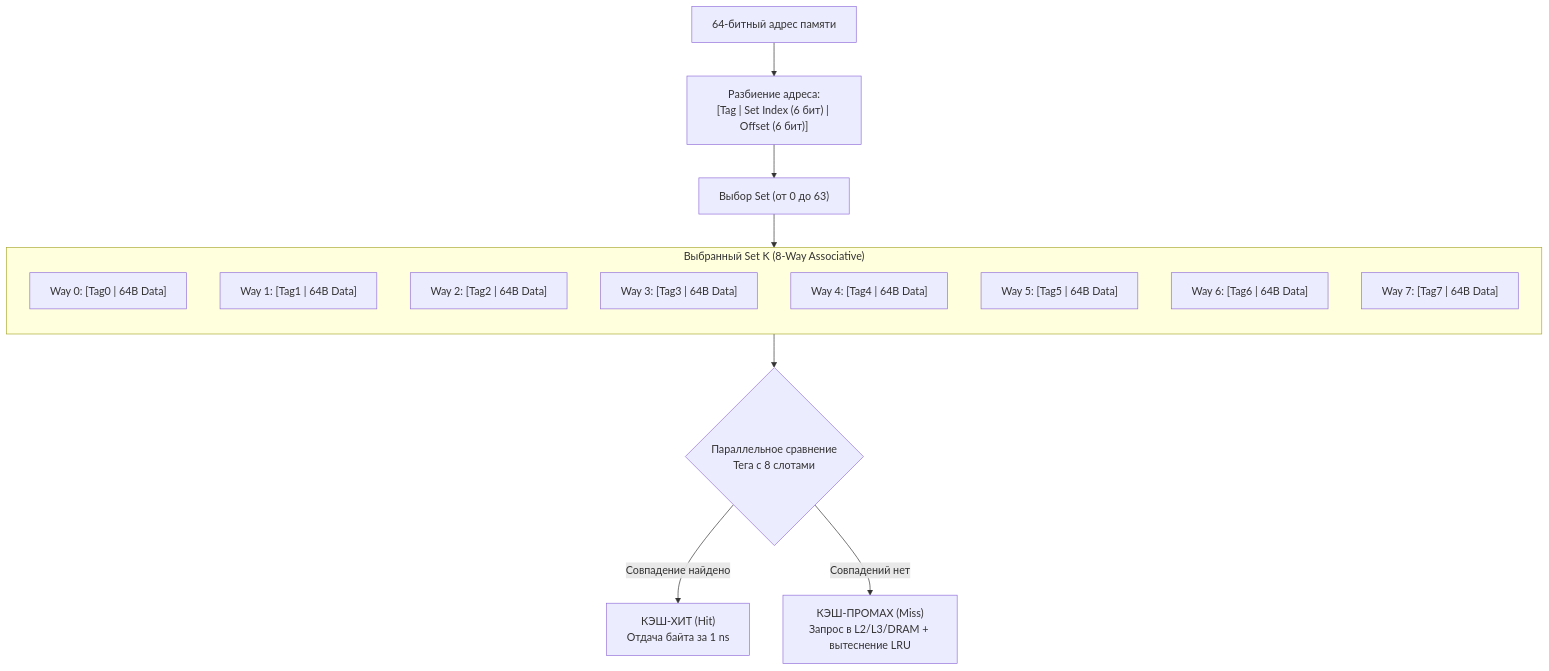
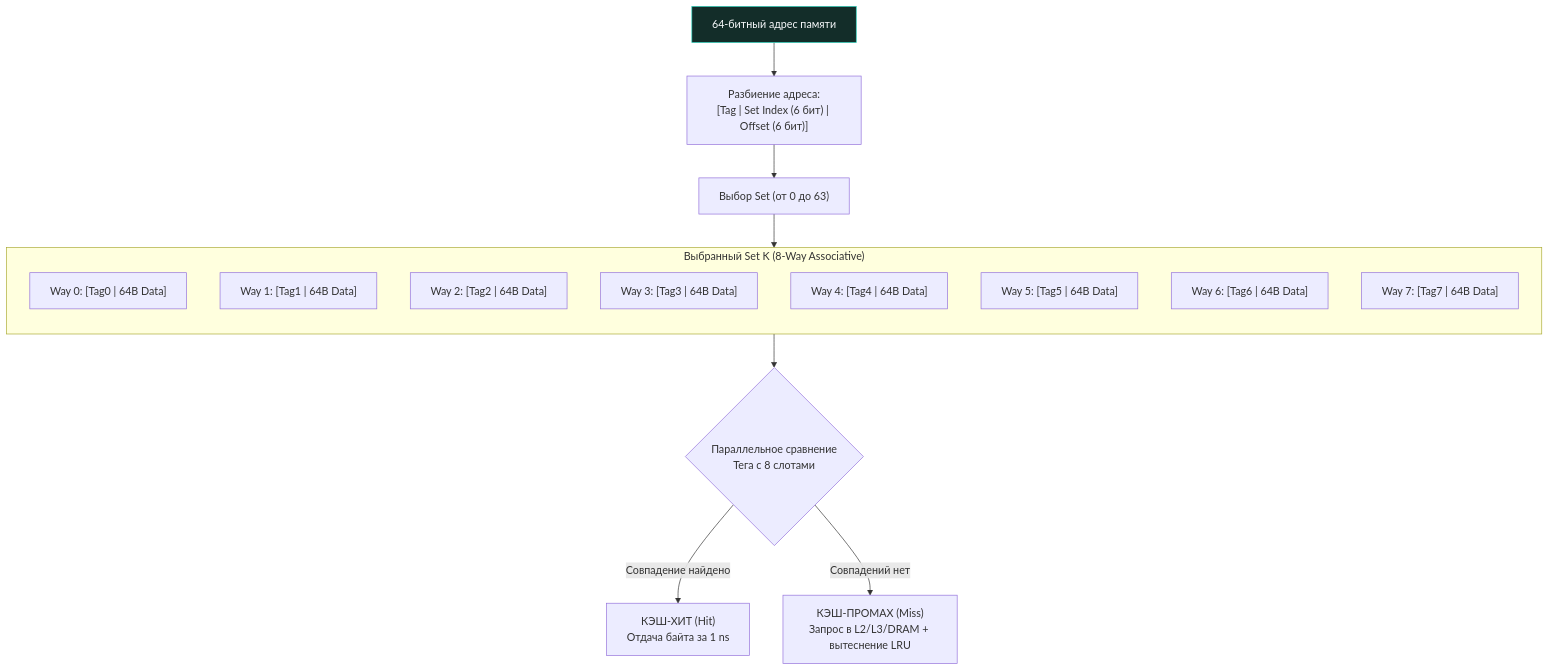
Before and after one commit to UnrealTemplier/go-textbook: the diagram in sources/1. Архитектура компьютера/19. Ассоциативность кэша, Prefetching и Cache Miss.md, drawn with Mermaid. The commit also changed 1666 other files, not shown here.

First line of the commit message:
feat(mermaid): add semantic color classDef to 1369 colorless flowchart/graph diagrams

````diff
--- a/sources/1. Архитектура компьютера/19. Ассоциативность кэша, Prefetching и Cache Miss.md
+++ b/sources/1. Архитектура компьютера/19. Ассоциативность кэша, Prefetching и Cache Miss.md
@@ -62,22 +62,32 @@
 ```mermaid
 flowchart TD
-    Addr["64-битный адрес памяти"] --> Split["Разбиение адреса:<br>[Tag | Set Index (6 бит) | Offset (6 бит)]"]
+    classDef process  fill:#1e293b,stroke:#38bdf8,stroke-width:1px,color:#f8fafc
+    classDef success  fill:#064e3b,stroke:#34d399,stroke-width:1px,color:#f8fafc
+    classDef error    fill:#7f1d1d,stroke:#f87171,stroke-width:1px,color:#f8fafc
+    classDef warning  fill:#78350f,stroke:#fbbf24,stroke-width:1px,color:#f8fafc
+    classDef entry    fill:#1e3a5f,stroke:#38bdf8,stroke-width:2px,color:#f8fafc
+    classDef aux      fill:#334155,stroke:#64748b,stroke-width:1px,color:#f8fafc
+    classDef system   fill:#312e81,stroke:#a78bfa,stroke-width:1px,color:#f8fafc
+    classDef data     fill:#132d29,stroke:#2dd4bf,stroke-width:1px,color:#f8fafc
+    classDef network  fill:#881337,stroke:#fb7185,stroke-width:1px,color:#f8fafc
+    classDef accent   fill:#1e1b4b,stroke:#818cf8,stroke-width:1px,color:#f8fafc
+    Addr["64-битный адрес памяти"]:::data --> Split["Разбиение адреса:<br>[Tag | Set Index (6 бит) | Offset (6 бит)]"]
     Split --> SetSelect["Выбор Set (от 0 до 63)"]
     
     subgraph SetK["Выбранный Set K (8-Way Associative)"]
         direction TB
         W0["Way 0: [Tag0 | 64B Data]"]
         W1["Way 1: [Tag1 | 64B Data]"]
         W2["Way 2: [Tag2 | 64B Data]"]
         W3["Way 3: [Tag3 | 64B Data]"]
         W4["Way 4: [Tag4 | 64B Data]"]
         W5["Way 5: [Tag5 | 64B Data]"]
         W6["Way 6: [Tag6 | 64B Data]"]
         W7["Way 7: [Tag7 | 64B Data]"]
     end
 
     SetSelect --> SetK
     SetK --> Compare{"Параллельное сравнение<br>Тега с 8 слотами"}
     Compare -->|Совпадение найдено| Hit["КЭШ-ХИТ (Hit)<br>Отдача байта за 1 ns"]
     Compare -->|Совпадений нет| Miss["КЭШ-ПРОМАХ (Miss)<br>Запрос в L2/L3/DRAM + вытеснение LRU"]
 ```
````
